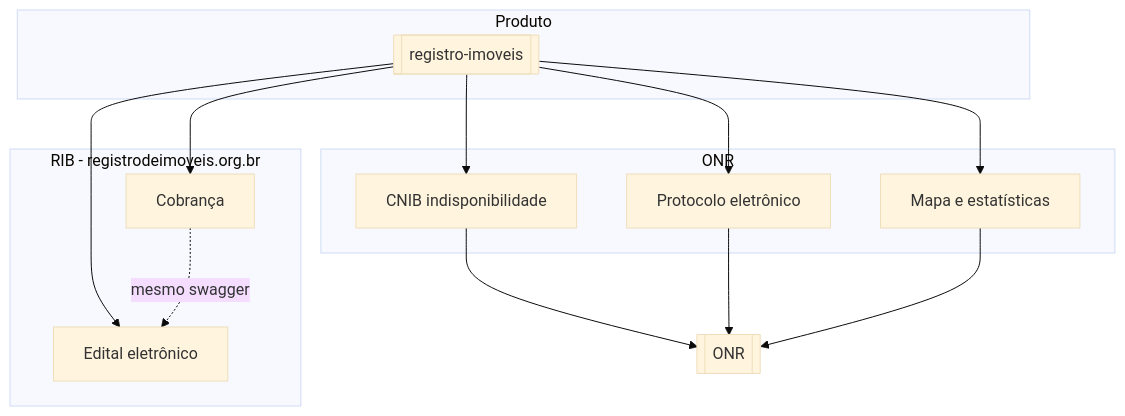
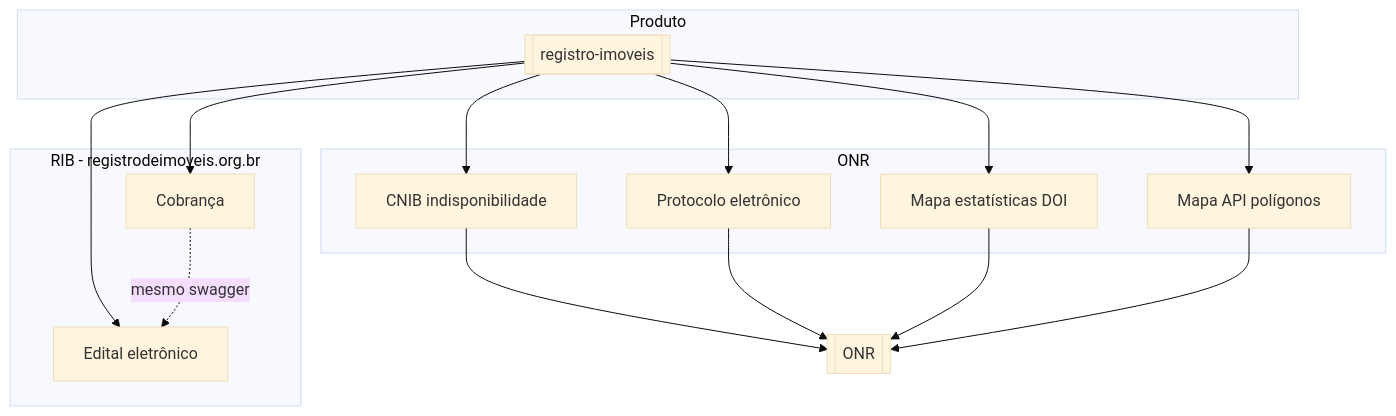
Before and after one commit to Ioshuasl/obsidian-vault: the diagram in Orius/integracoes/registro-imoveis/00-indice.md, drawn with Mermaid (base theme). The commit also changed other lines of this file and 4 other files, not shown here.

````diff
--- a/Orius/integracoes/registro-imoveis/00-indice.md
+++ b/Orius/integracoes/registro-imoveis/00-indice.md
@@ -16,24 +16,27 @@
 ```mermaid
 flowchart TB
   subgraph produto [Produto]
     RI[[registro-imoveis]]
   end
   subgraph onr [ONR]
     CNIB[CNIB indisponibilidade]
     PROT[Protocolo eletrônico]
-    MAPA[Mapa e estatísticas]
+    MAPA[Mapa estatísticas DOI]
+    POL[Mapa API polígonos]
   end
   subgraph rib [RIB - registrodeimoveis.org.br]
     COB[Cobrança]
     ED[Edital eletrônico]
   end
   RI --> CNIB
   RI --> PROT
   RI --> MAPA
+  RI --> POL
   RI --> COB
   RI --> ED
   CNIB --> ONRhub[[ONR]]
   PROT --> ONRhub
   MAPA --> ONRhub
+  POL --> ONRhub
   COB -. mesmo swagger .-> ED
 ```
````
